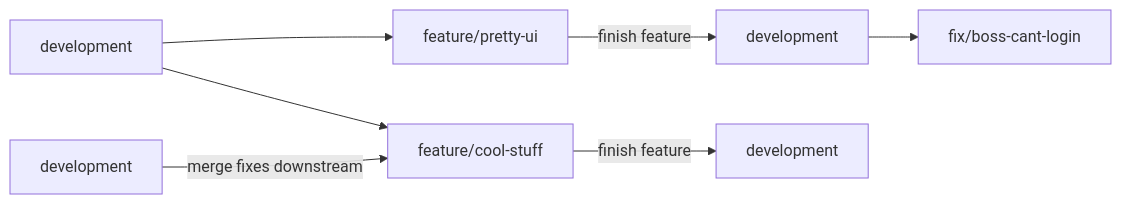
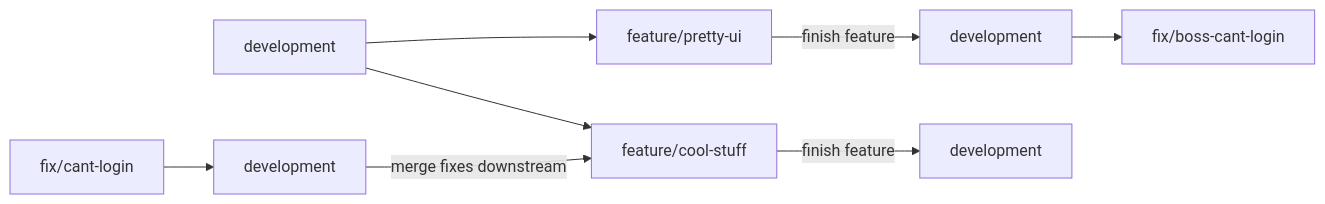
Before and after one commit to hasparus/software-engineering-class: the diagram in testy/plan_zarządzania_jakością_produktu.md, drawn with Mermaid. The commit also changed other lines of this file, not shown here.

````diff
--- a/testy/plan_zarządzania_jakością_produktu.md
+++ b/testy/plan_zarządzania_jakością_produktu.md
@@ -19,9 +19,10 @@
 ```mermaid
 graph LR;
 	d#1[development]-->feature/cool-stuff;
 	d#1[development]-->feature/pretty-ui;
 	feature/pretty-ui--finish feature-->d#2[development];
 	d#3[development]--merge fixes downstream-->feature/cool-stuff;
+	fix/cant-login-->d#3[development]
 	d#2[development]-->fix/boss-cant-login;
 	feature/cool-stuff--finish feature-->d#4[development];	
 ```
````
